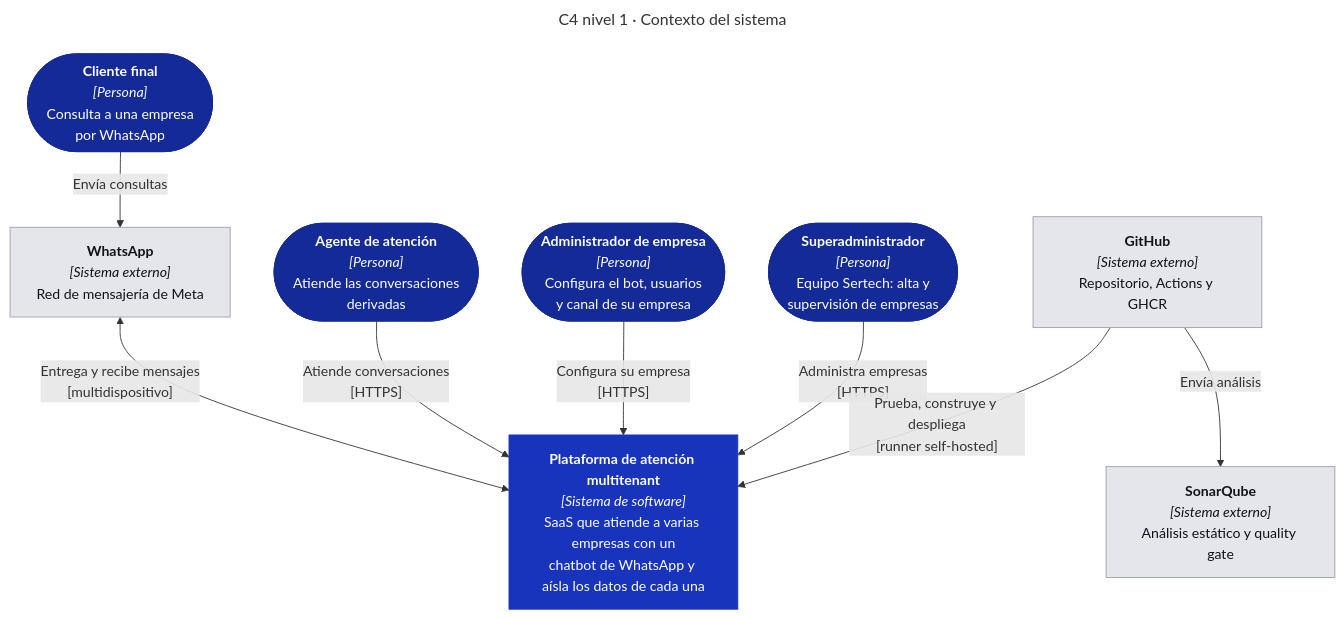
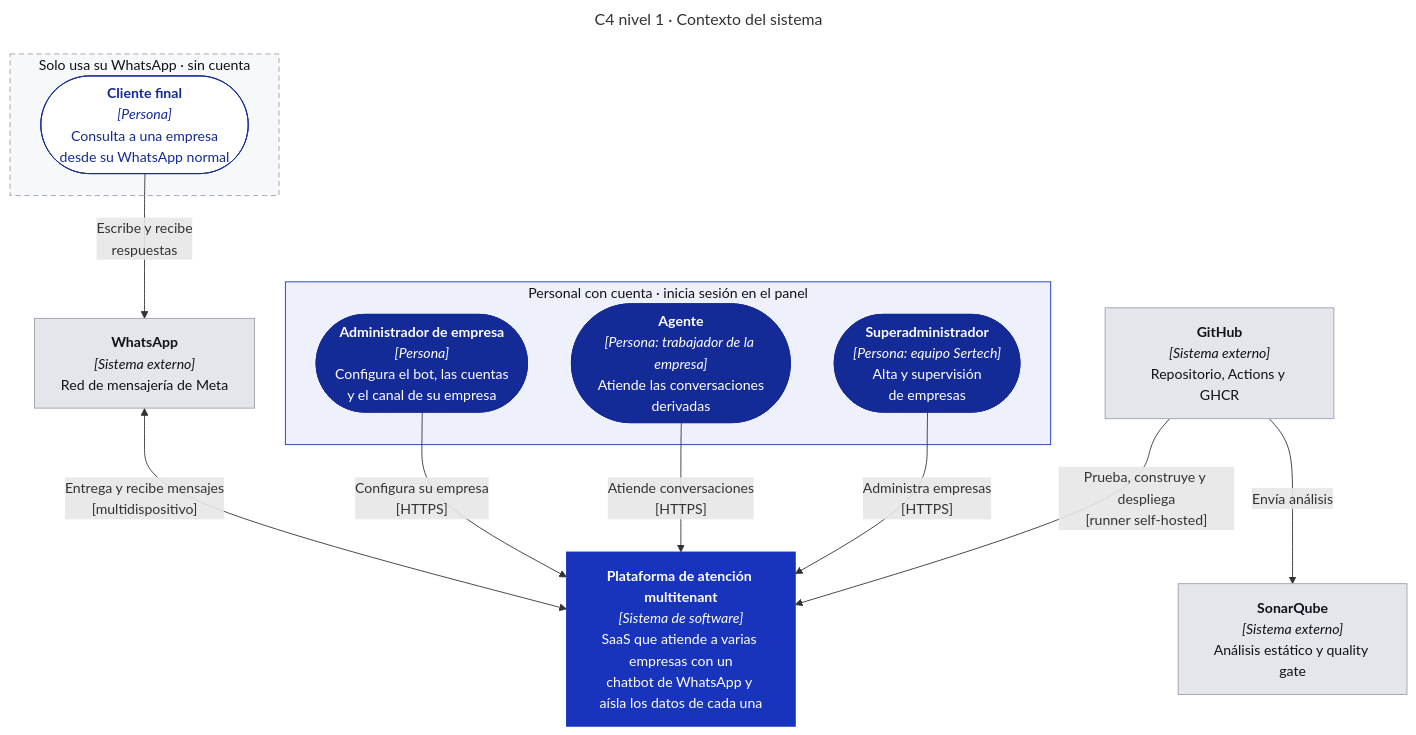
The diagram in docs/01-arquitectura/c4/c4-01-contexto.md (GerardoGM14/app-tesis-chatbot), drawn with Mermaid before and after one commit. The commit also changed other lines of this file and 20 other files, not shown here.

Commit message:
docs: arquitectura y seguridad con el cliente final fuera de la plataforma

````diff
--- a/docs/01-arquitectura/c4/c4-01-contexto.md
+++ b/docs/01-arquitectura/c4/c4-01-contexto.md
@@ -5,31 +5,41 @@
 ```mermaid
 ---
 title: "C4 nivel 1 · Contexto del sistema"
 ---
 flowchart TB
-  cliente(["<b>Cliente final</b><br/><i>[Persona]</i><br/>Consulta a una empresa<br/>por WhatsApp"])
-  agente(["<b>Agente de atención</b><br/><i>[Persona]</i><br/>Atiende las conversaciones<br/>derivadas"])
-  admin(["<b>Administrador de empresa</b><br/><i>[Persona]</i><br/>Configura el bot, usuarios<br/>y canal de su empresa"])
-  superadmin(["<b>Superadministrador</b><br/><i>[Persona]</i><br/>Equipo Sertech: alta y<br/>supervisión de empresas"])
+  subgraph SOLOWA["Solo usa su WhatsApp · sin cuenta"]
+    cliente(["<b>Cliente final</b><br/><i>[Persona]</i><br/>Consulta a una empresa<br/>desde su WhatsApp normal"])
+  end
+
+  subgraph PANEL["Personal con cuenta · inicia sesión en el panel"]
+    admin(["<b>Administrador de empresa</b><br/><i>[Persona]</i><br/>Configura el bot, las cuentas<br/>y el canal de su empresa"])
+    agente(["<b>Agente</b><br/><i>[Persona: trabajador de la empresa]</i><br/>Atiende las conversaciones<br/>derivadas"])
+    superadmin(["<b>Superadministrador</b><br/><i>[Persona: equipo Sertech]</i><br/>Alta y supervisión<br/>de empresas"])
+  end
+
+  whatsapp["<b>WhatsApp</b><br/><i>[Sistema externo]</i><br/>Red de mensajería de Meta"]
 
   plataforma["<b>Plataforma de atención multitenant</b><br/><i>[Sistema de software]</i><br/>SaaS que atiende a varias empresas con un<br/>chatbot de WhatsApp y aísla los datos de cada una"]
 
-  whatsapp["<b>WhatsApp</b><br/><i>[Sistema externo]</i><br/>Red de mensajería de Meta"]
   github["<b>GitHub</b><br/><i>[Sistema externo]</i><br/>Repositorio, Actions y GHCR"]
   sonar["<b>SonarQube</b><br/><i>[Sistema externo]</i><br/>Análisis estático y quality gate"]
 
-  cliente -- "Envía consultas" --> whatsapp
+  cliente -- "Escribe y recibe<br/>respuestas" --> whatsapp
   whatsapp <-- "Entrega y recibe mensajes<br/>[multidispositivo]" --> plataforma
+  admin -- "Configura su empresa<br/>[HTTPS]" --> plataforma
   agente -- "Atiende conversaciones<br/>[HTTPS]" --> plataforma
-  admin -- "Configura su empresa<br/>[HTTPS]" --> plataforma
   superadmin -- "Administra empresas<br/>[HTTPS]" --> plataforma
   github -- "Prueba, construye y despliega<br/>[runner self-hosted]" --> plataforma
   github -- "Envía análisis" --> sonar
 
   classDef person fill:#142A97,stroke:#142A97,color:#FFFFFF
+  classDef client fill:#FFFFFF,stroke:#142A97,color:#142A97
   classDef system fill:#1834BC,stroke:#1834BC,color:#FFFFFF
   classDef external fill:#E4E6EB,stroke:#9AA0AC,color:#0F1219
-  class cliente,agente,admin,superadmin person
+  class agente,admin,superadmin person
+  class cliente client
   class plataforma system
   class whatsapp,github,sonar external
+  style SOLOWA fill:#F7F8FA,stroke:#9AA0AC,stroke-dasharray:6 4,color:#0F1219
+  style PANEL fill:#EEF1FC,stroke:#1834BC,color:#0F1219
 ```
````
